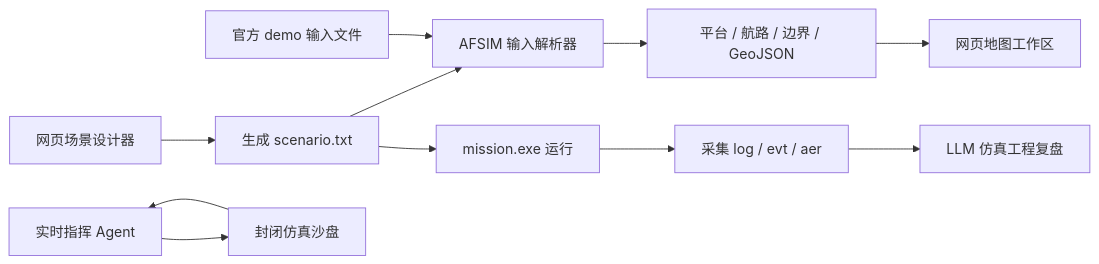
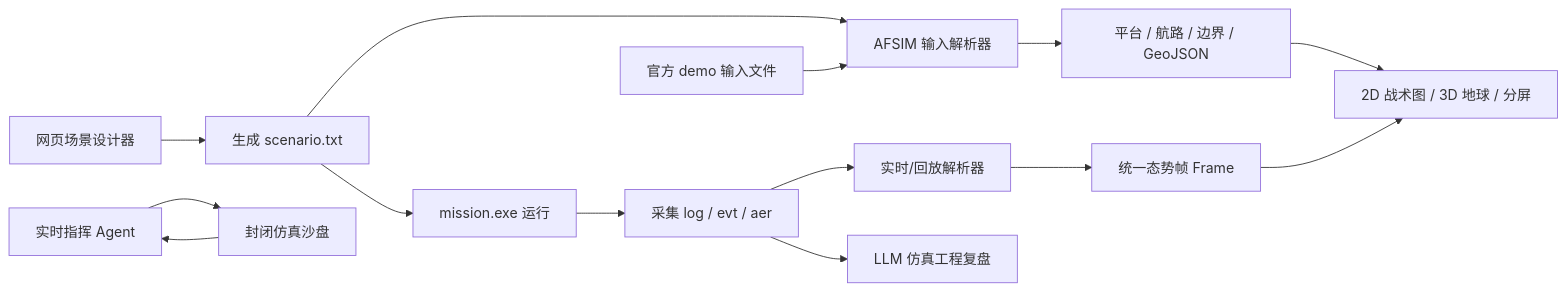
The diagram in docs/ARCHITECTURE.md (mxh111/AFSIM), drawn with Mermaid before and after one commit. The commit also changed other lines of this file and 9 other files, not shown here.

````diff
--- a/docs/ARCHITECTURE.md
+++ b/docs/ARCHITECTURE.md
@@ -11,13 +11,16 @@
 ```mermaid
 flowchart LR
   A["网页场景设计器"] --> B["生成 scenario.txt"]
   B --> C["AFSIM 输入解析器"]
   C --> D["平台 / 航路 / 边界 / GeoJSON"]
-  D --> E["网页地图工作区"]
+  D --> E["2D 战术图 / 3D 地球 / 分屏"]
   B --> F["mission.exe 运行"]
   F --> G["采集 log / evt / aer"]
-  G --> H["LLM 仿真工程复盘"]
-  I["官方 demo 输入文件"] --> C
-  J["实时指挥 Agent"] --> K["封闭仿真沙盘"]
-  K --> J
+  G --> H["实时/回放解析器"]
+  H --> I["统一态势帧 Frame"]
+  I --> E
+  G --> J["LLM 仿真工程复盘"]
+  K["官方 demo 输入文件"] --> C
+  L["实时指挥 Agent"] --> M["封闭仿真沙盘"]
+  M --> L
 ```
````
